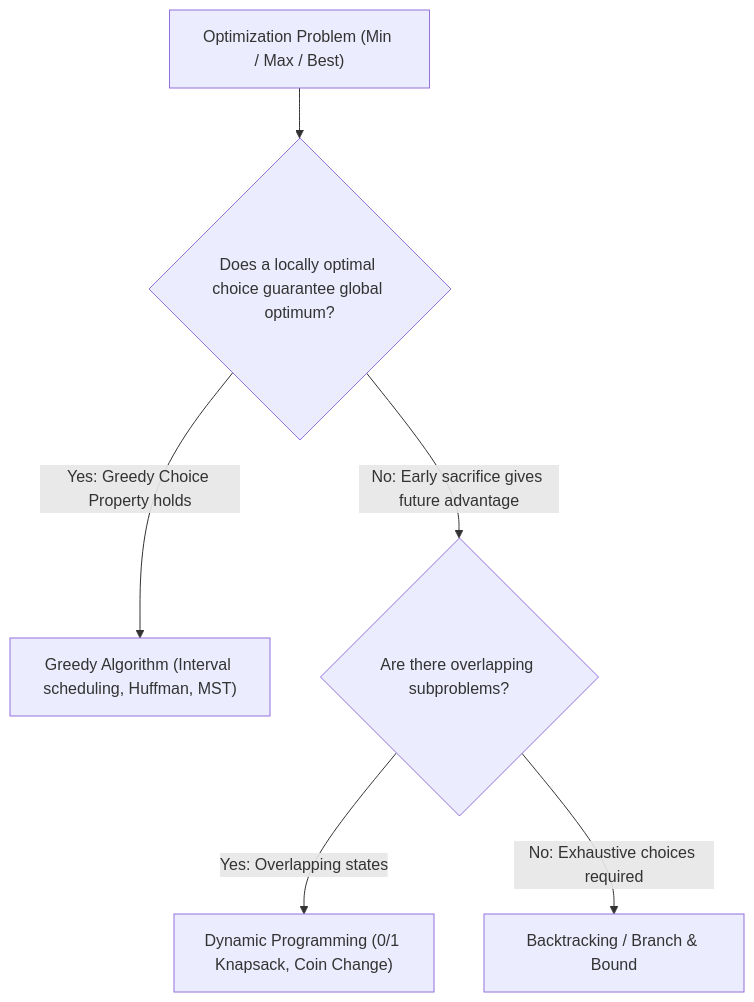
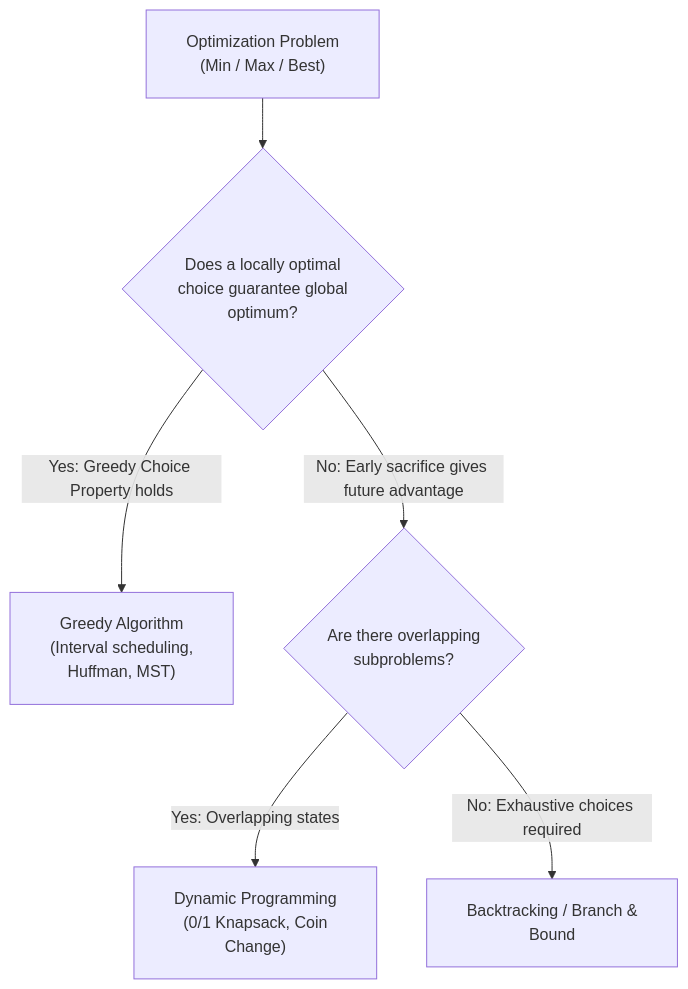
Before and after one commit to dip4k/DSA_102: the diagram in week_12_greedy_and_paradigms/support files/Week_12_Problem_Solving_Roadmap.md, drawn with Mermaid. The commit also changed 108 other files, not shown here.

First line of the commit message:
fix(mermaid): resolve diagram clipping, padding, and syntax issues across repo

````diff
--- a/week_12_greedy_and_paradigms/support files/Week_12_Problem_Solving_Roadmap.md
+++ b/week_12_greedy_and_paradigms/support files/Week_12_Problem_Solving_Roadmap.md
@@ -39,8 +39,9 @@
 ```mermaid
+%%{init: {"flowchart": {"htmlLabels": true, "padding": 20}}}%%
 flowchart TD
-    Start["Optimization Problem (Min / Max / Best)"] --> Q1{"Does a locally optimal choice guarantee global optimum?"}
-    Q1 -->|Yes: Greedy Choice Property holds| P1["Greedy Algorithm (Interval scheduling, Huffman, MST)"]
-    Q1 -->|No: Early sacrifice gives future advantage| Q2{"Are there overlapping subproblems?"}
-    Q2 -->|Yes: Overlapping states| P2["Dynamic Programming (0/1 Knapsack, Coin Change)"]
-    Q2 -->|No: Exhaustive choices required| P3["Backtracking / Branch & Bound"]
+    Start["Optimization Problem<br/>(Min / Max / Best)"] --> Q1{"Does a locally optimal<br/>choice guarantee global<br/>optimum?"}
+    Q1 -->|Yes: Greedy Choice Property holds| P1["Greedy Algorithm<br/>(Interval scheduling,<br/>Huffman, MST)"]
+    Q1 -->|No: Early sacrifice gives future advantage| Q2{"Are there overlapping<br/>subproblems?"}
+    Q2 -->|Yes: Overlapping states| P2["Dynamic Programming<br/>(0/1 Knapsack, Coin<br/>Change)"]
+    Q2 -->|No: Exhaustive choices required| P3["Backtracking / Branch &<br/>Bound"]
 ```
````
